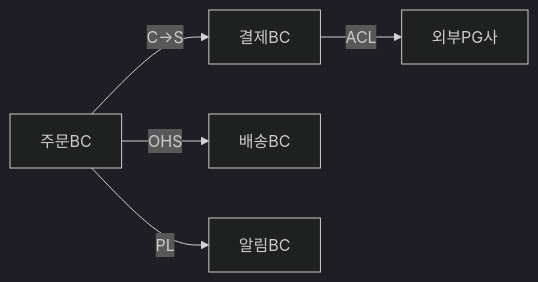
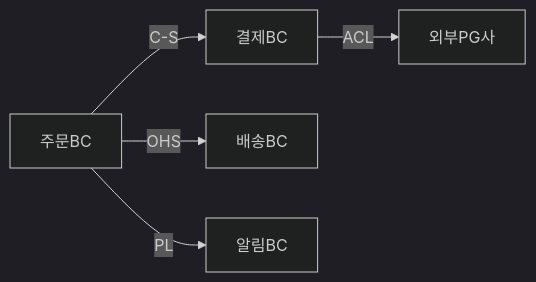
Before and after one commit to yjkim2015/yjkim2015.github.io: the second of 8 diagrams in _posts/architecture/2026-05-01-ddd.md, drawn with Mermaid (dark theme). The commit also changed other lines of this file and 26 other files, not shown here.

````diff
--- a/_posts/architecture/2026-05-01-ddd.md
+++ b/_posts/architecture/2026-05-01-ddd.md
@@ -168,7 +178,7 @@
 ```mermaid
 graph LR
-    ORD["주문BC"] -->|"C→S"| PAY["결제BC"]
+    ORD["주문BC"] -->|"C-S"| PAY["결제BC"]
     ORD -->|"OHS"| SHIP["배송BC"]
     PAY -->|"ACL"| EXT["외부PG사"]
     ORD -->|"PL"| NOTI["알림BC"]
 ```
````
